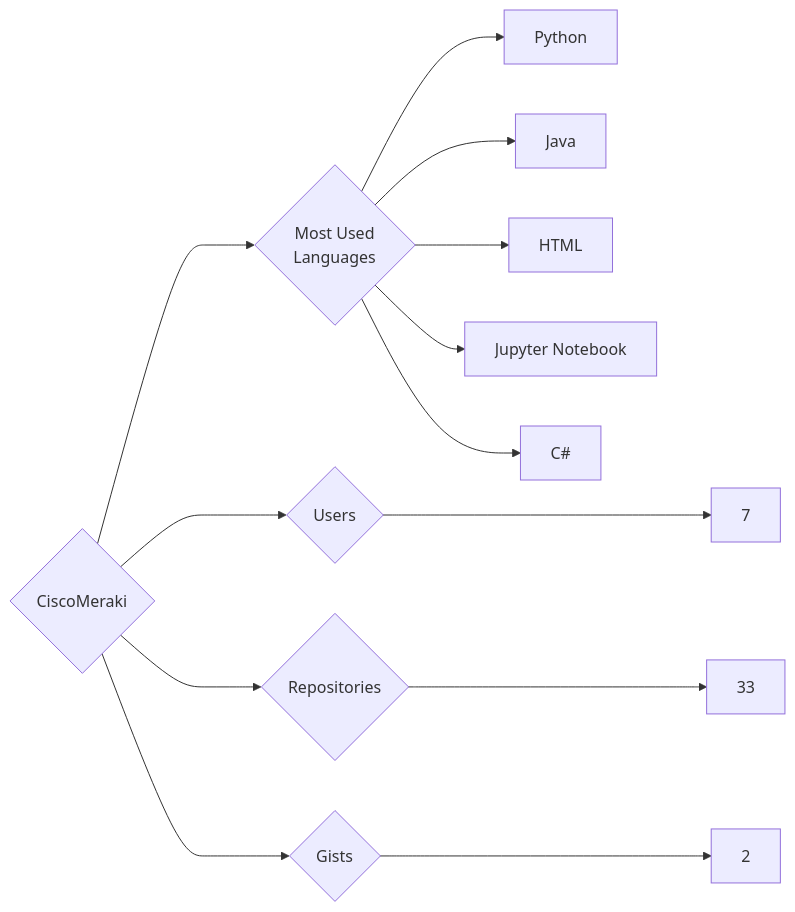
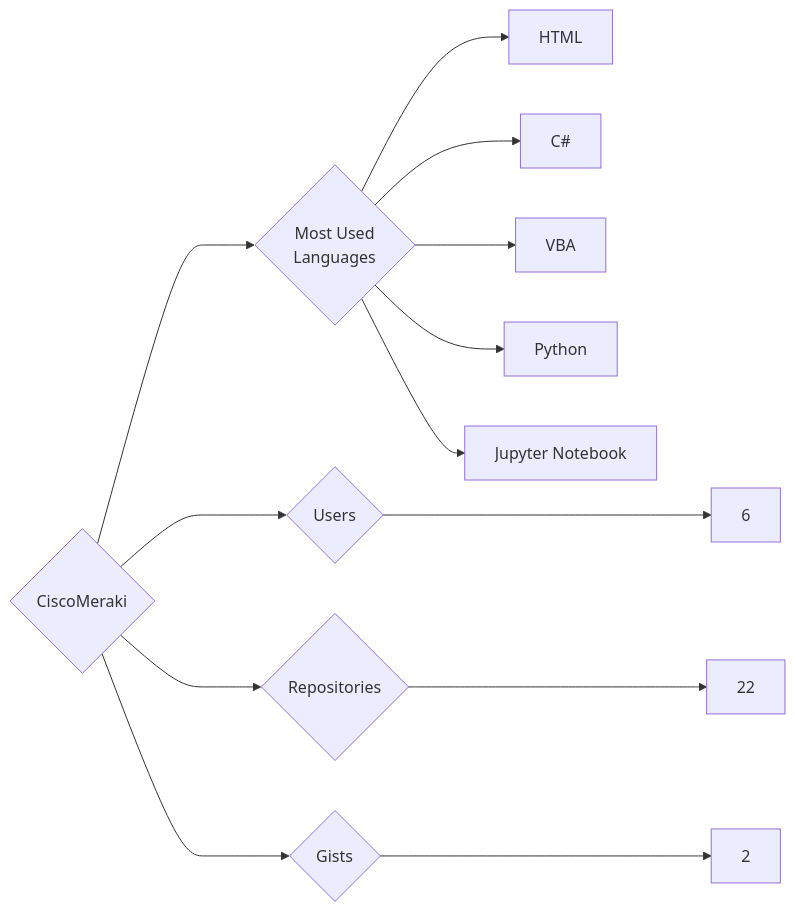
The diagram in targets/CiscoMeraki/README.md (trickest/insiders), drawn with Mermaid before and after one commit. The commit also changed 1148 other files, not shown here.

````diff
--- a/targets/CiscoMeraki/README.md
+++ b/targets/CiscoMeraki/README.md
@@ -3,13 +3,13 @@
 ```mermaid
 graph LR
 COMPANY_NAME{CiscoMeraki}
-COMPANY_NAME ---> U{Users} ---> UN[7]
-COMPANY_NAME ---> R{Repositories} ---> RN[33]
+COMPANY_NAME ---> U{Users} ---> UN[6]
+COMPANY_NAME ---> R{Repositories} ---> RN[22]
 COMPANY_NAME ---> G{Gists} ---> GN[2]
 COMPANY_NAME ---> ML{Most Used<br>Languages}
+ML --> HTML[HTML]
+ML --> C#[C#]
+ML --> VBA[VBA]
 ML --> Python[Python]
-ML --> Java[Java]
-ML --> HTML[HTML]
 ML --> Jupyter_Notebook[Jupyter Notebook]
-ML --> C#[C#]
 ```
````
